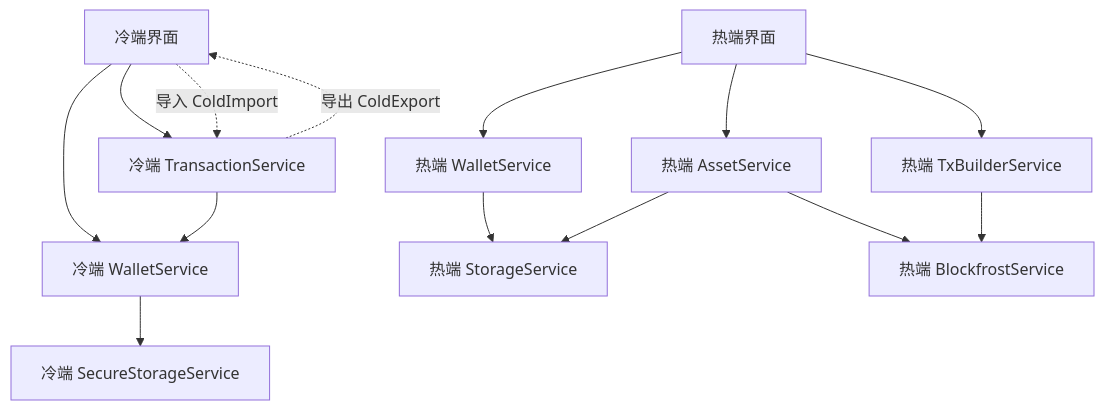
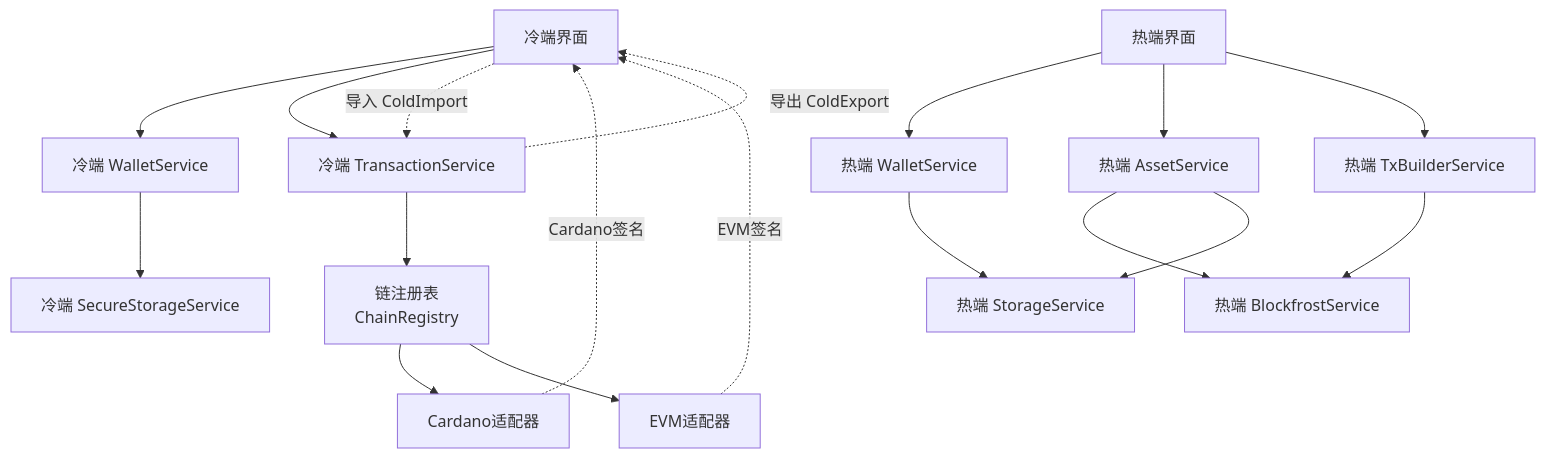
One commit to EqualToEthan/stasis changed the second of 7 diagrams in .qoder/repowiki/zh/content/架构设计/服务层架构.md. Above: the diagram before and after it, drawn with Mermaid. The commit also changed other lines of this file and 40 other files, not shown here.

````diff
--- a/.qoder/repowiki/zh/content/架构设计/服务层架构.md
+++ b/.qoder/repowiki/zh/content/架构设计/服务层架构.md
@@ -135,26 +176,33 @@
 ```mermaid
 graph TB
 UI_C["冷端界面"]
 WS_A["冷端 WalletService"]
 SS_A["冷端 SecureStorageService"]
 TS_A["冷端 TransactionService"]
+CR["链注册表<br/>ChainRegistry"]
+CA["Cardano适配器"]
+EA["EVM适配器"]
 UI_B["热端界面"]
 WS_B["热端 WalletService"]
 ST_B["热端 StorageService"]
 BF["热端 BlockfrostService"]
 AS["热端 AssetService"]
 TB["热端 TxBuilderService"]
 UI_C --> WS_A
 WS_A --> SS_A
 UI_C --> TS_A
-TS_A --> WS_A
+TS_A --> CR
+CR --> CA
+CR --> EA
+CA -.->|Cardano签名| UI_C
+EA -.->|EVM签名| UI_C
 UI_B --> WS_B
 UI_B --> AS
 UI_B --> TB
 WS_B --> ST_B
 AS --> BF
 AS --> ST_B
 TB --> BF
 TS_A -.->|导出 ColdExport| UI_C
 UI_C -.->|导入 ColdImport| TS_A
 ```
````
